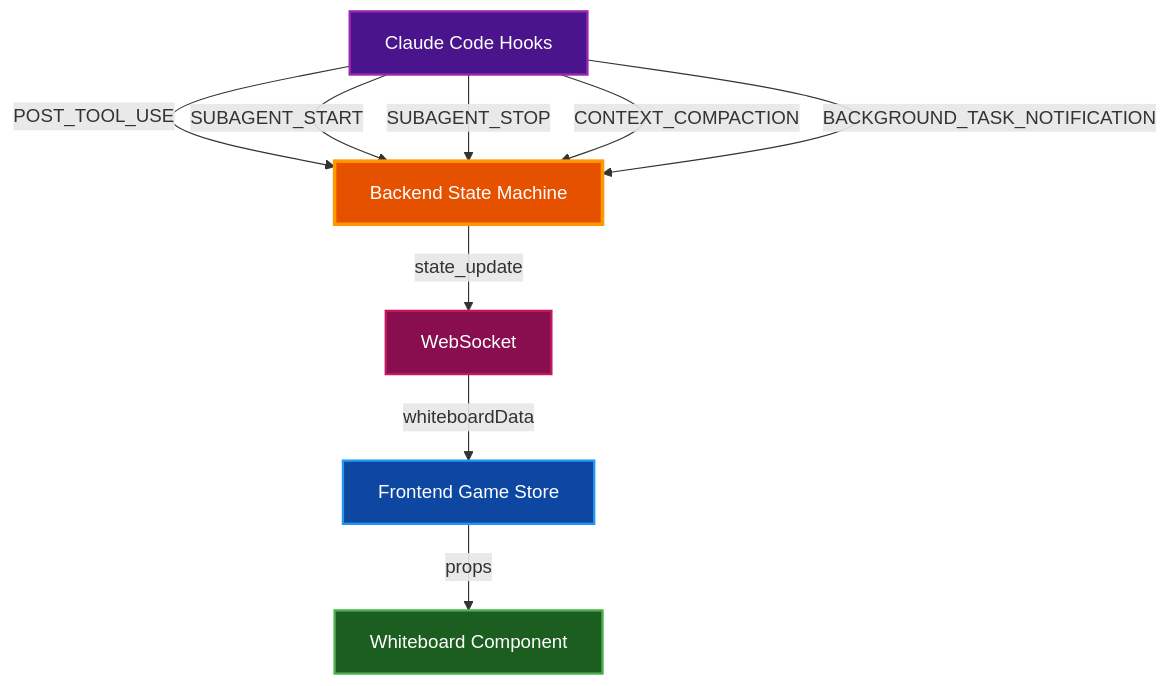
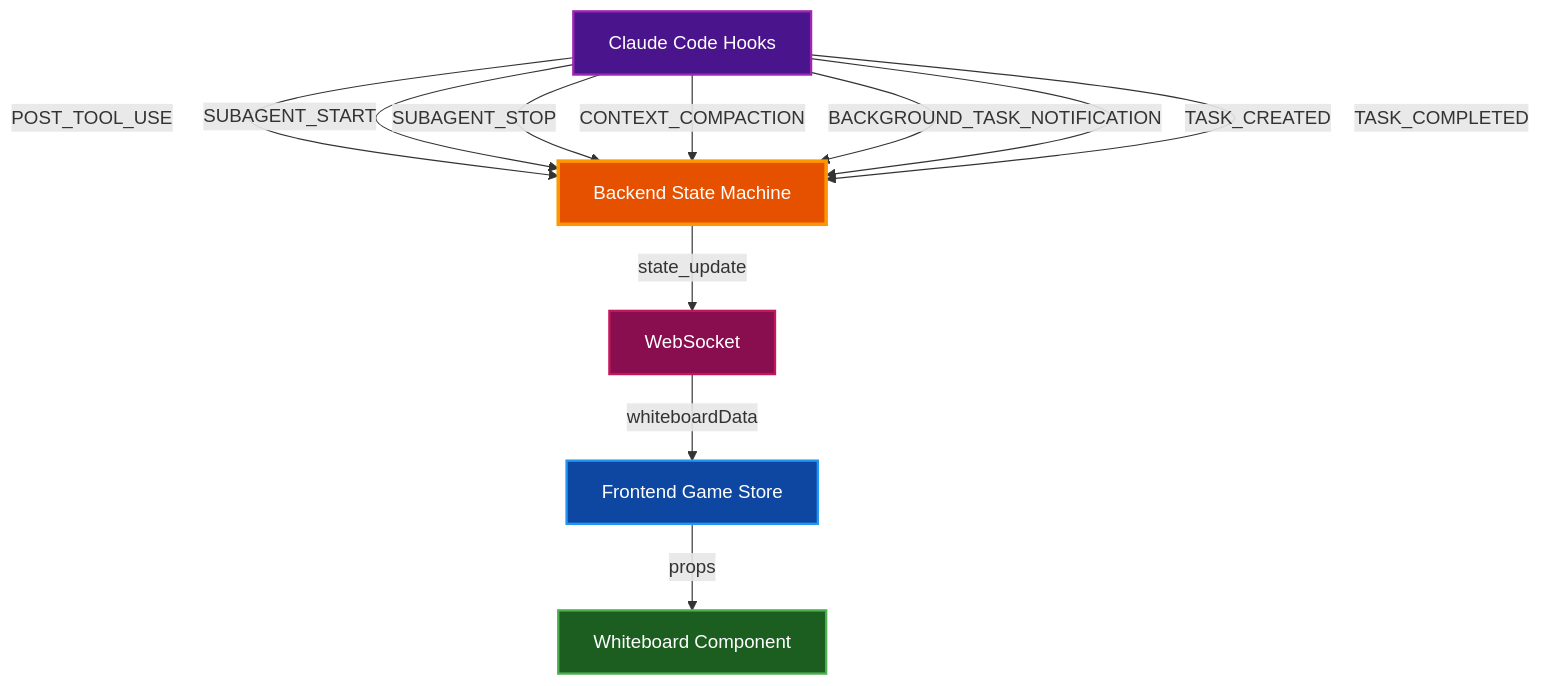
One commit to paulrobello/claude-office changed the diagram in docs/reference/whiteboard-modes.md. Above: the diagram before and after it, drawn with Mermaid. The commit also changed other lines of this file and 22 other files, not shown here.

````diff
--- a/docs/reference/whiteboard-modes.md
+++ b/docs/reference/whiteboard-modes.md
@@ -317,23 +344,25 @@
 ```mermaid
 graph TD
     Hook[Claude Code Hooks]
     Backend[Backend State Machine]
     WS[WebSocket]
     Store[Frontend Game Store]
     WB[Whiteboard Component]
 
     Hook -->|POST_TOOL_USE| Backend
     Hook -->|SUBAGENT_START| Backend
     Hook -->|SUBAGENT_STOP| Backend
     Hook -->|CONTEXT_COMPACTION| Backend
     Hook -->|BACKGROUND_TASK_NOTIFICATION| Backend
+    Hook -->|TASK_CREATED| Backend
+    Hook -->|TASK_COMPLETED| Backend
     Backend -->|state_update| WS
     WS -->|whiteboardData| Store
     Store -->|props| WB
 
     style Hook fill:#4a148c,stroke:#9c27b0,stroke-width:2px,color:#ffffff
     style Backend fill:#e65100,stroke:#ff9800,stroke-width:3px,color:#ffffff
     style WS fill:#880e4f,stroke:#c2185b,stroke-width:2px,color:#ffffff
     style Store fill:#0d47a1,stroke:#2196f3,stroke-width:2px,color:#ffffff
     style WB fill:#1b5e20,stroke:#4caf50,stroke-width:2px,color:#ffffff
 ```
````
